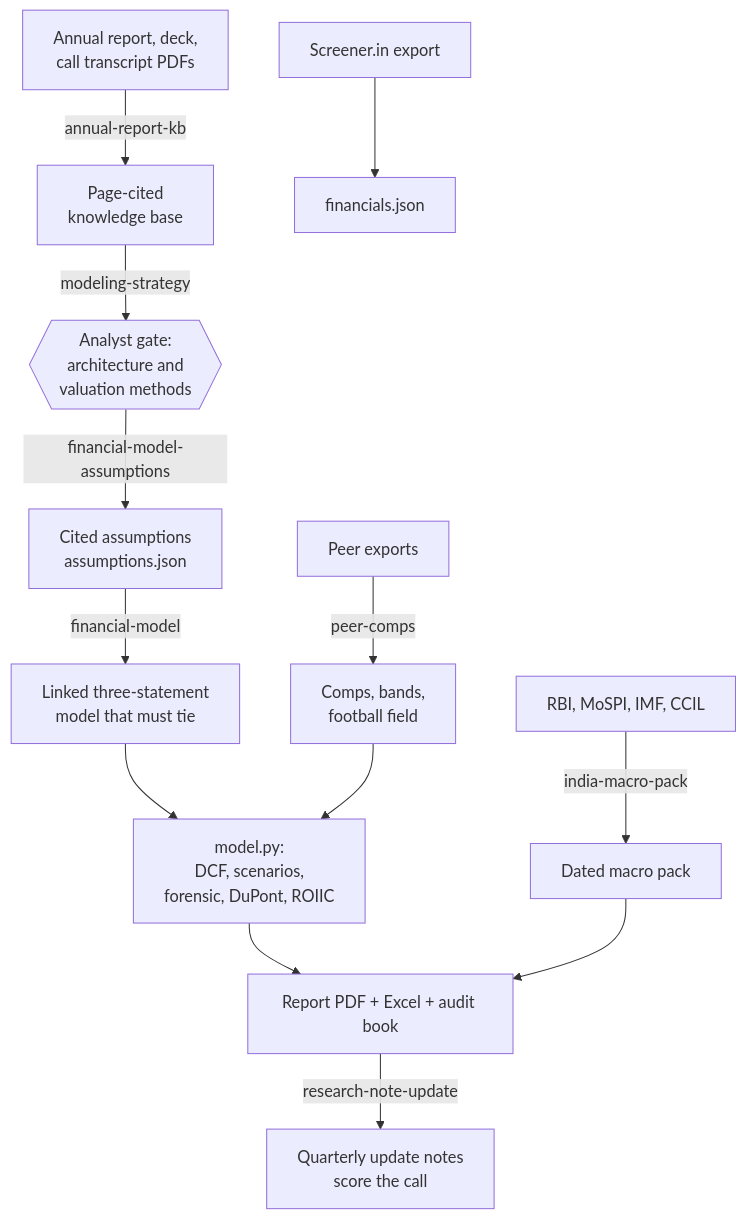
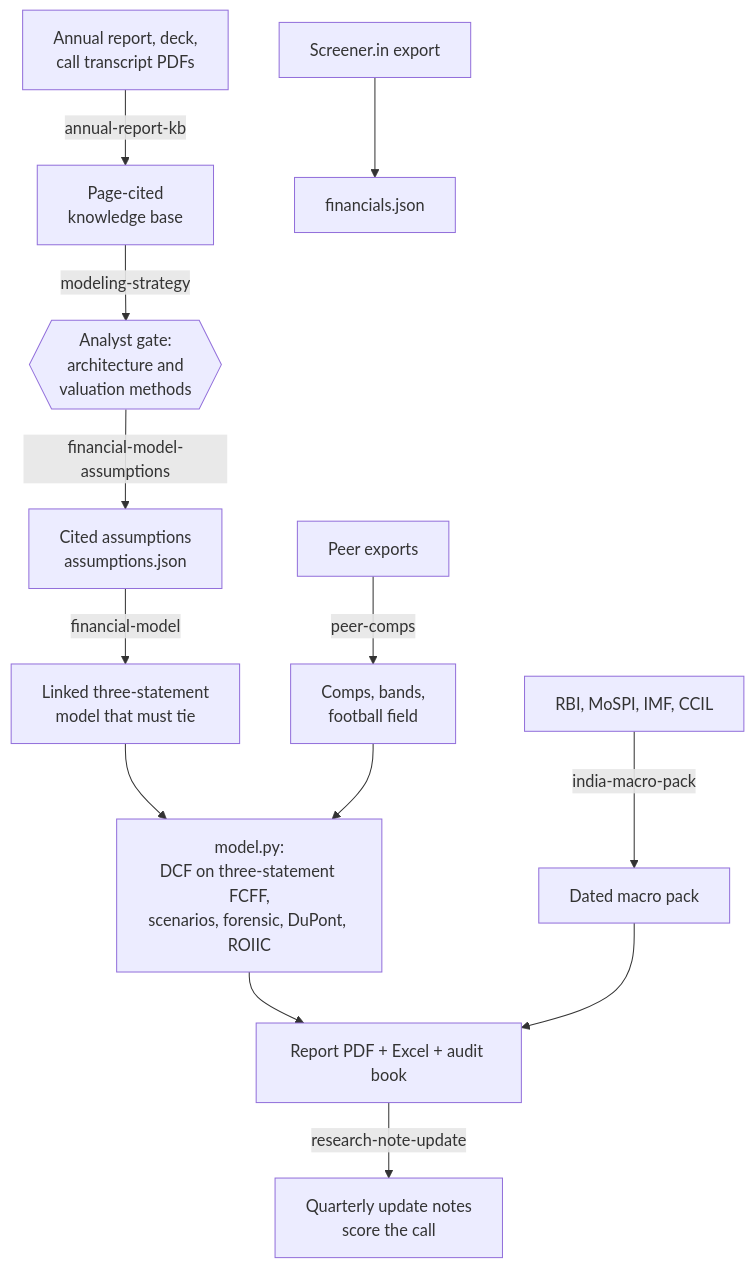
One commit to Spectrablaze/erip changed the diagram in README.md. Above: the diagram before and after it, drawn with Mermaid. The commit also changed other lines of this file and 14 other files, not shown here.

First line of the commit message:
JSW model: live-formula Excel and one DCF on three-statement FCFF

````diff
--- a/README.md
+++ b/README.md
@@ -48,15 +68,15 @@
 ```mermaid
 flowchart TD
     A[Annual report, deck,<br/>call transcript PDFs] -->|annual-report-kb| B[Page-cited<br/>knowledge base]
     S[Screener.in export] --> F[financials.json]
     B -->|modeling-strategy| G{{Analyst gate:<br/>architecture and<br/>valuation methods}}
     G -->|financial-model-assumptions| H[Cited assumptions<br/>assumptions.json]
     P[Peer exports] -->|peer-comps| C[Comps, bands,<br/>football field]
     H -->|financial-model| T[Linked three-statement<br/>model that must tie]
-    T --> V[model.py:<br/>DCF, scenarios,<br/>forensic, DuPont, ROIIC]
+    T --> V[model.py:<br/>DCF on three-statement FCFF,<br/>scenarios, forensic, DuPont, ROIIC]
     C --> V
     M[RBI, MoSPI, IMF, CCIL] -->|india-macro-pack| X[Dated macro pack]
     V --> R[Report PDF + Excel + audit book]
     X --> R
     R -->|research-note-update| U[Quarterly update notes<br/>score the call]
 ```
````
